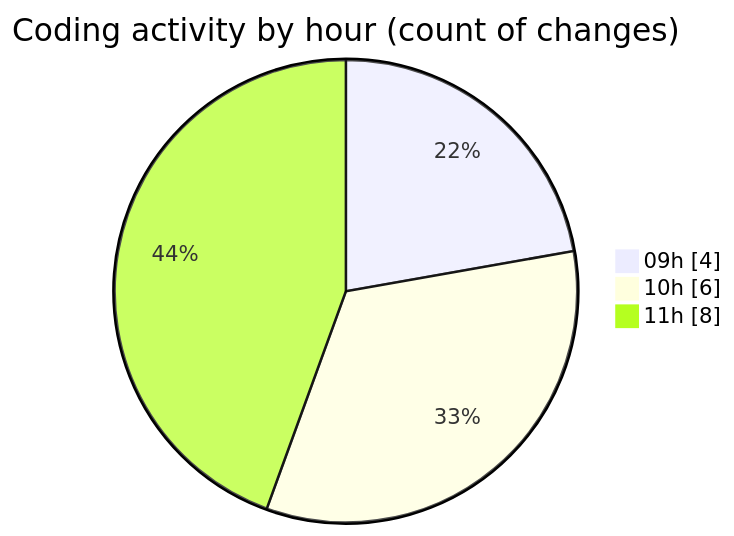
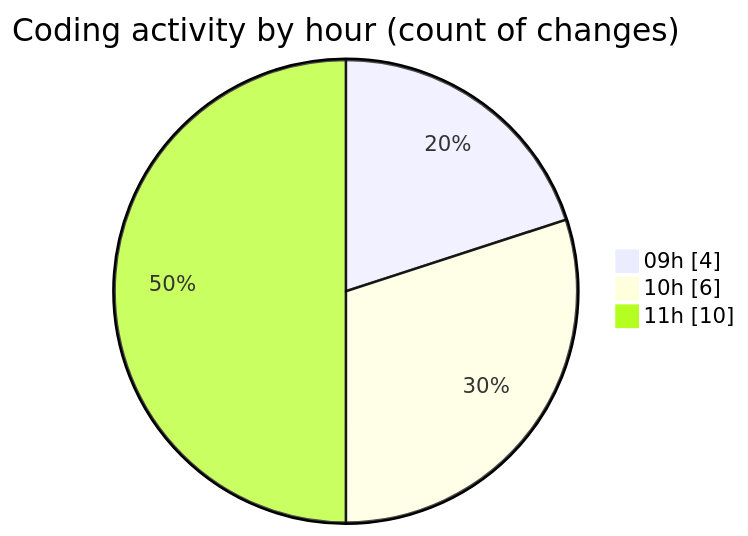
One commit to momahboobian/code-tracking changed the second of 2 diagrams in 2025-05-29/cda/README.md. Above: the diagram before and after it, drawn with Mermaid. The commit also changed other lines of this file and 1 other file, not shown here.

````diff
--- a/2025-05-29/cda/README.md
+++ b/2025-05-29/cda/README.md
@@ -30,7 +31,7 @@
 ```mermaid
 pie showData
 title Coding activity by hour (count of changes)
 "09h" : 4
 "10h" : 6
-"11h" : 8
+"11h" : 10
 ```
````
